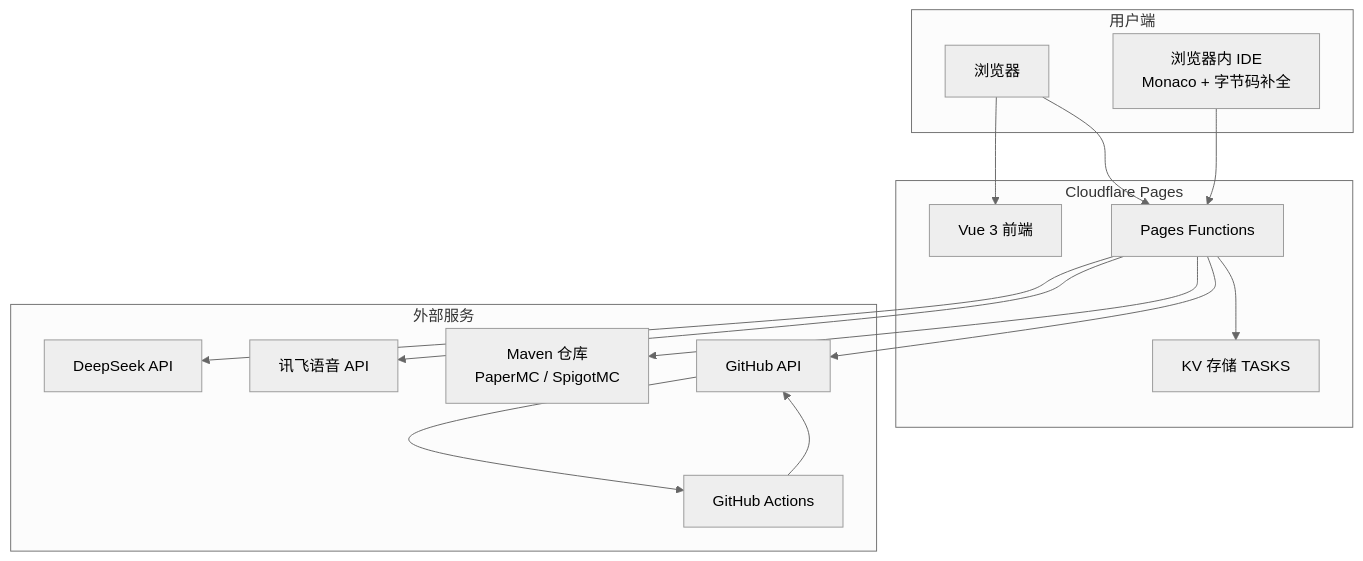
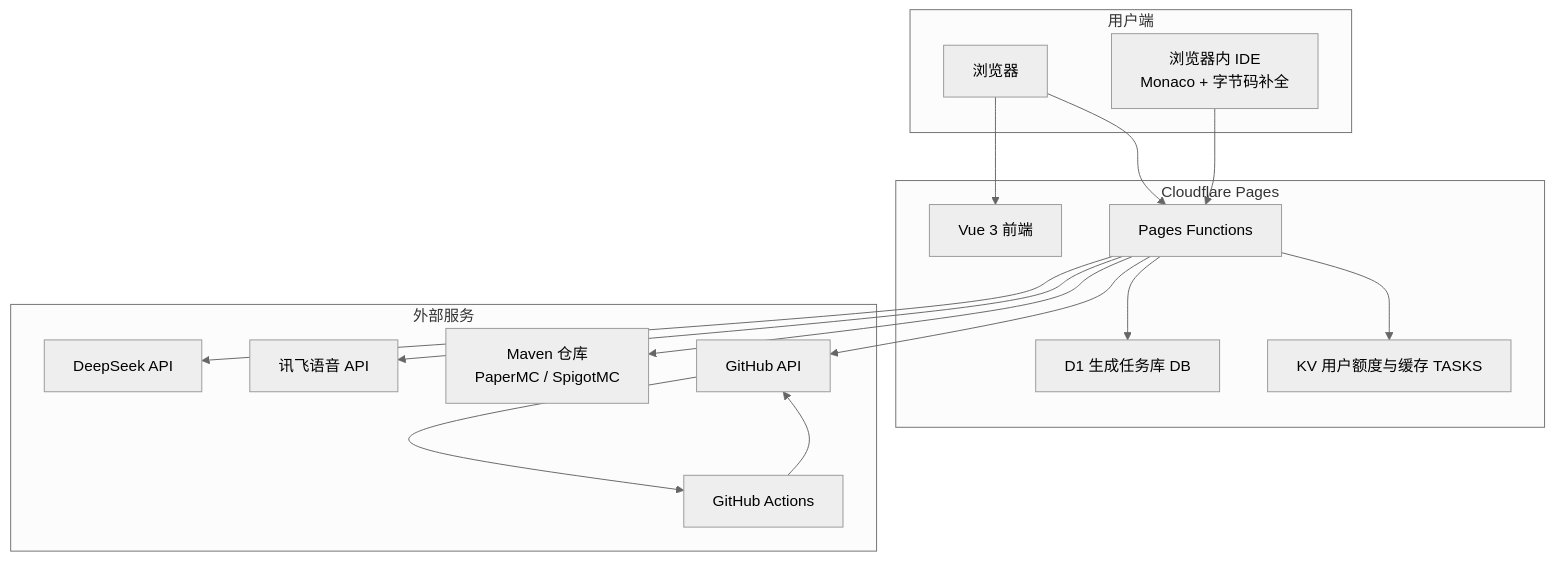
One commit to superwfox/minecraft-dev changed the first of 3 diagrams in docs/technical/architecture.md. Above: the diagram before and after it, drawn with Mermaid (neutral theme). The commit also changed other lines of this file and 18 other files, not shown here.

````diff
--- a/docs/technical/architecture.md
+++ b/docs/technical/architecture.md
@@ -7,32 +7,34 @@
 ```mermaid
 graph TB
     subgraph "用户端"
         Browser[浏览器]
         IDE[浏览器内 IDE<br/>Monaco + 字节码补全]
     end
 
     subgraph "Cloudflare Pages"
         Frontend[Vue 3 前端]
         Functions[Pages Functions]
-        KV[KV 存储 TASKS]
+        D1[D1 生成任务库 DB]
+        KV[KV 用户额度与缓存 TASKS]
     end
 
     subgraph "外部服务"
         DeepSeek[DeepSeek API]
         XFYun[讯飞语音 API]
         Maven[Maven 仓库<br/>PaperMC / SpigotMC]
         GitHub[GitHub API]
         Actions[GitHub Actions]
     end
 
     Browser --> Frontend
     Browser --> Functions
     IDE --> Functions
+    Functions --> D1
     Functions --> KV
     Functions --> DeepSeek
     Functions --> XFYun
     Functions --> Maven
     Functions --> GitHub
     GitHub --> Actions
     Actions --> GitHub
 ```
````
